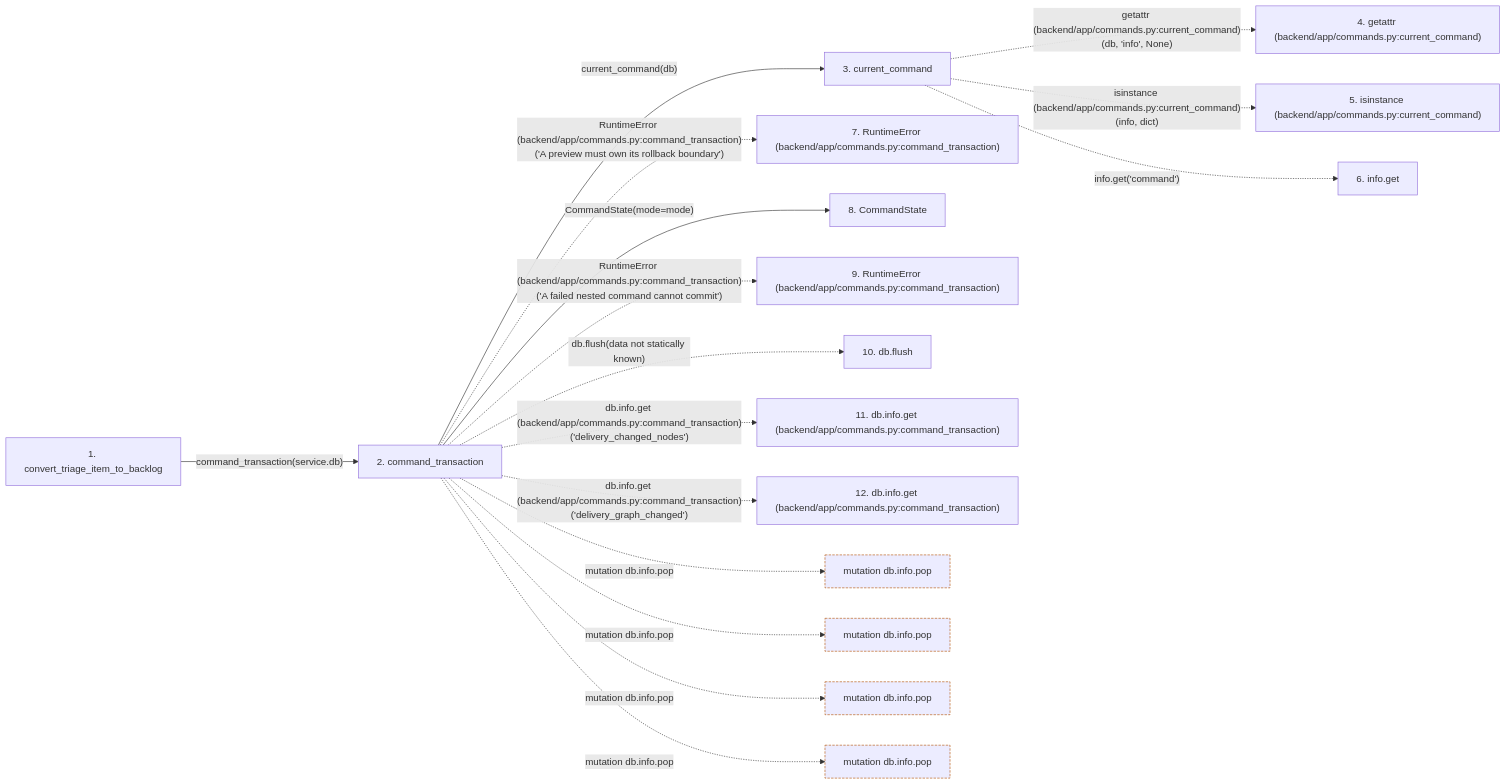
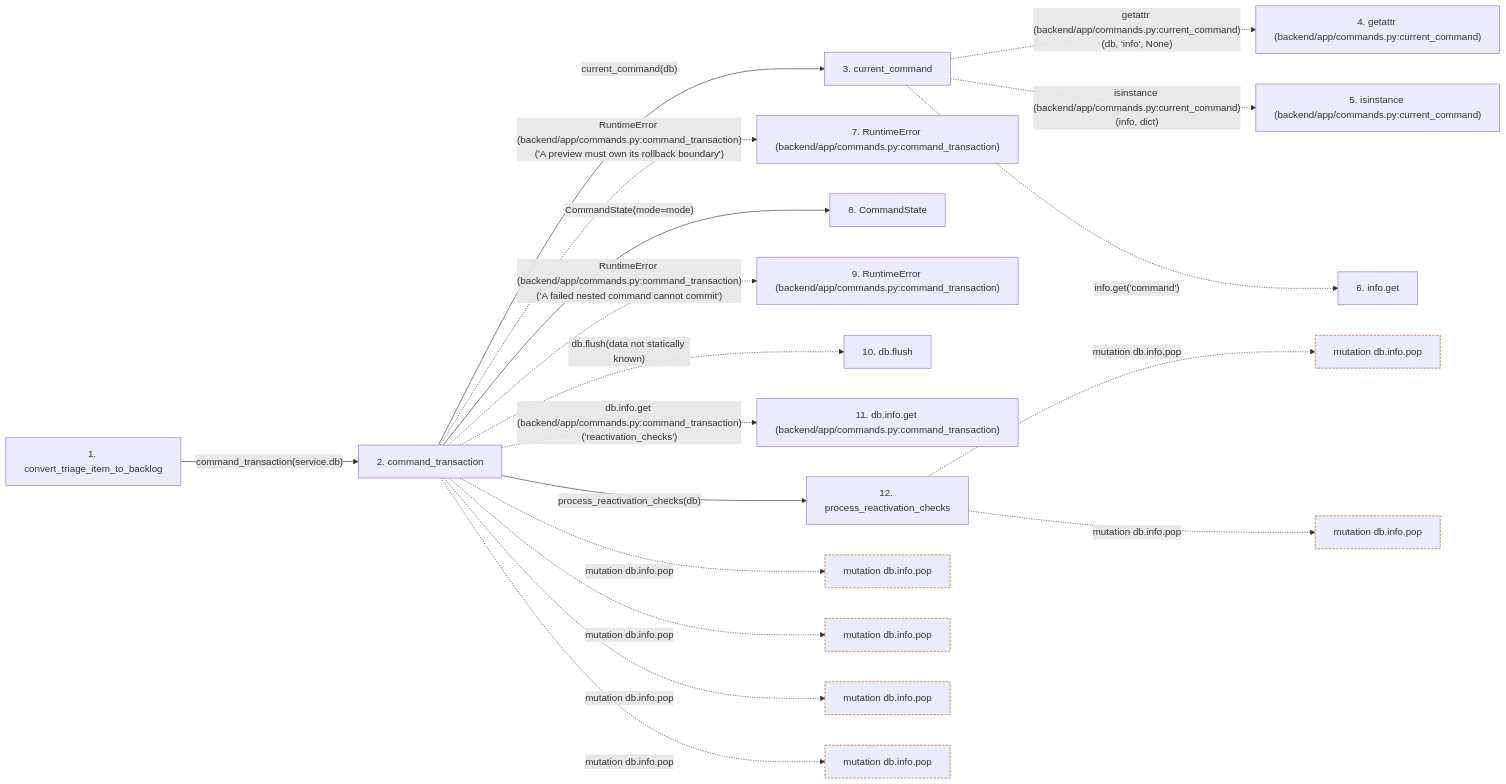
Before and after one commit to Denissvgn/WorkChord: the second of 2 diagrams in docs/llm_wiki/flows/http-convert_triage_item_to_backlog.md, drawn with Mermaid. The commit also changed other lines of this file and 873 other files, not shown here.

Commit message:
Sync the architectural wiki for automatic reactivation of postponed tasks

````diff
--- a/docs/llm_wiki/flows/http-convert_triage_item_to_backlog.md
+++ b/docs/llm_wiki/flows/http-convert_triage_item_to_backlog.md
@@ -146,43 +148,50 @@
 ```mermaid
 flowchart LR
     s1["1. convert_triage_item_to_backlog"]
     s2["2. command_transaction"]
     s3["3. current_command"]
     s4["4. getattr (backend/app/commands.py:current_command)"]
     s5["5. isinstance (backend/app/commands.py:current_command)"]
     s6["6. info.get"]
     s7["7. RuntimeError (backend/app/commands.py:command_transaction)"]
     s8["8. CommandState"]
     s9["9. RuntimeError (backend/app/commands.py:command_transaction)"]
     s10["10. db.flush"]
     s11["11. db.info.get (backend/app/commands.py:command_transaction)"]
-    s12["12. db.info.get (backend/app/commands.py:command_transaction)"]
+    s12["12. process_reactivation_checks"]
     s1 -->|"command_transaction(service.db)"| s2
     s2 -->|"current_command(db)"| s3
     s3 -. "getattr (backend/app/commands.py:current_command)(db, 'info', None)" .-> s4
     s3 -. "isinstance (backend/app/commands.py:current_command)(info, dict)" .-> s5
     s3 -. "info.get('command')" .-> s6
     s2 -. "RuntimeError (backend/app/commands.py:command_transaction)('A preview must own its rollback boundary')" .-> s7
     s2 -->|"CommandState(mode=mode)"| s8
     s2 -. "RuntimeError (backend/app/commands.py:command_transaction)('A failed nested command cannot commit')" .-> s9
     s2 -. "db.flush(data not statically known)" .-> s10
-    s2 -. "db.info.get (backend/app/commands.py:command_transaction)('delivery_changed_nodes')" .-> s11
-    s2 -. "db.info.get (backend/app/commands.py:command_transaction)('delivery_graph_changed')" .-> s12
+    s2 -. "db.info.get (backend/app/commands.py:command_transaction)('reactivation_checks')" .-> s11
+    s2 -->|"process_reactivation_checks(db)"| s12
     b0["mutation db.info.pop"]
     s2 -. "mutation db.info.pop" .-> b0
     b1["mutation db.info.pop"]
     s2 -. "mutation db.info.pop" .-> b1
     b2["mutation db.info.pop"]
     s2 -. "mutation db.info.pop" .-> b2
     b3["mutation db.info.pop"]
     s2 -. "mutation db.info.pop" .-> b3
+    b4["mutation db.info.pop"]
+    s12 -. "mutation db.info.pop" .-> b4
+    b5["mutation db.info.pop"]
+    s12 -. "mutation db.info.pop" .-> b5
     click s1 "../modules/routers_triage.md"
     click s2 "../modules/commands.md"
     click s3 "../modules/commands.md"
     click s8 "../modules/commands.md"
+    click s12 "../modules/task_reactivation_service.md"
     classDef boundary stroke:#b45309,stroke-dasharray: 4 2
     class b0 boundary
     class b1 boundary
     class b2 boundary
     class b3 boundary
+    class b4 boundary
+    class b5 boundary
 ```
````
